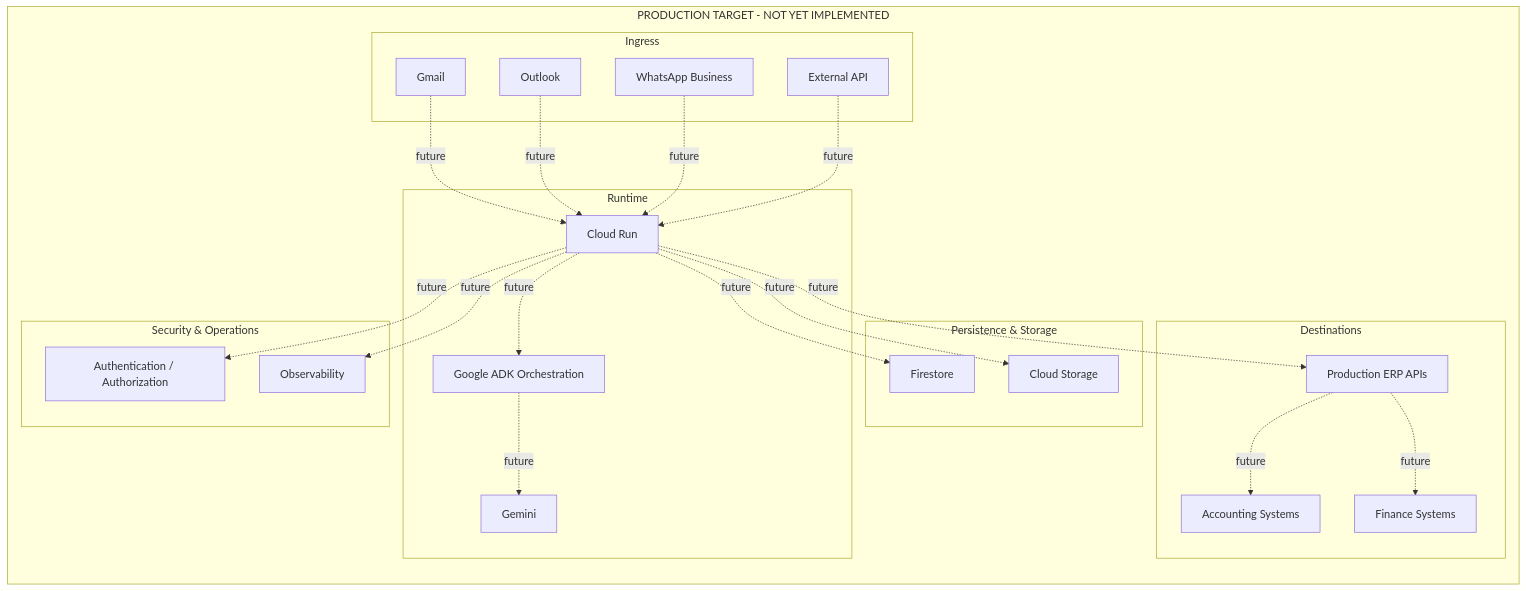
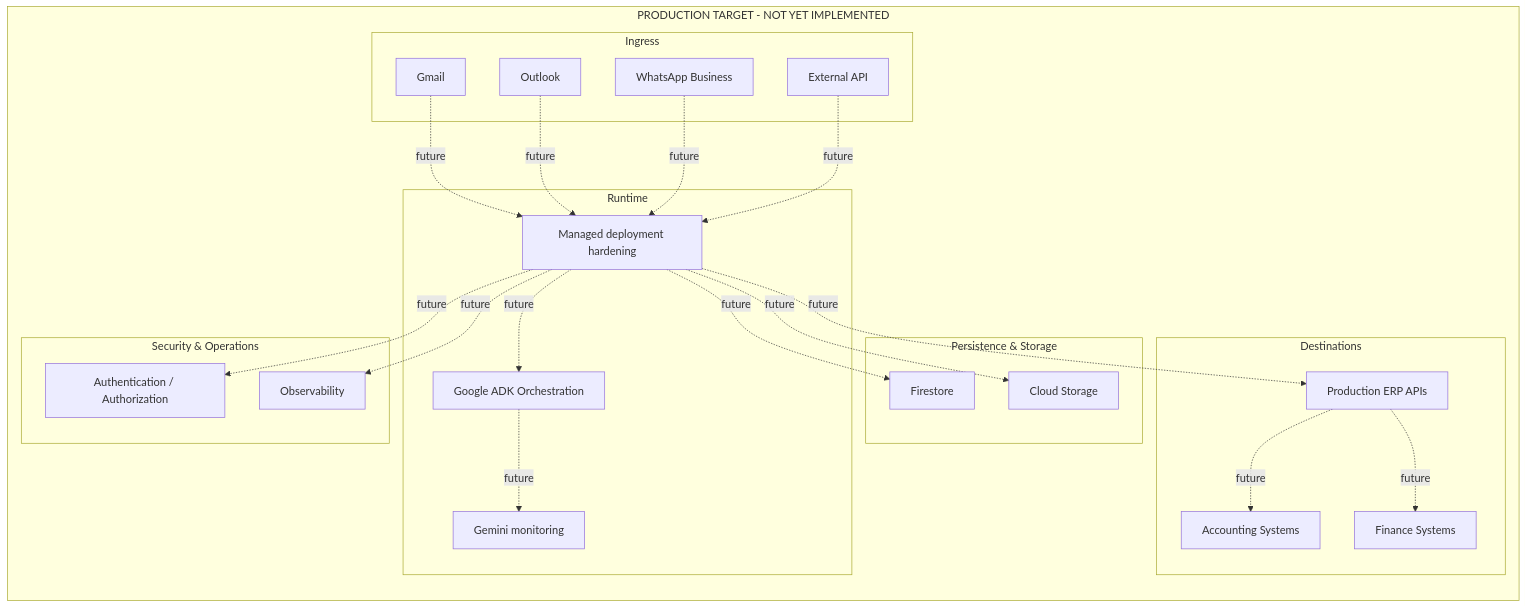
Before and after one commit to kakaroto2025/flowops-ai: the fourth of 4 diagrams in docs/architecture.md, drawn with Mermaid. The commit also changed other lines of this file and 4 other files, not shown here.

Commit message:
Document Cloud Run deployment architecture

````diff
--- a/docs/architecture.md
+++ b/docs/architecture.md
@@ -193,48 +206,48 @@
 ```mermaid
 flowchart TD
     subgraph Future["PRODUCTION TARGET - NOT YET IMPLEMENTED"]
         direction TB
         subgraph FutureIngress["Ingress"]
             Gmail["Gmail"]
             Outlook["Outlook"]
             WhatsApp["WhatsApp Business"]
             ExternalAPI["External API"]
         end
 
         subgraph FutureRuntime["Runtime"]
-            CloudRun["Cloud Run"]
+            ManagedRuntime["Managed deployment hardening"]
             ProdADK["Google ADK Orchestration"]
-            ProdGemini["Gemini"]
+            ProdGemini["Gemini monitoring"]
         end
 
         subgraph FuturePersistence["Persistence & Storage"]
             Firestore["Firestore"]
             CloudStorage["Cloud Storage"]
         end
 
         subgraph FutureDestinations["Destinations"]
             ERPAPIs["Production ERP APIs"]
             Accounting["Accounting Systems"]
             Finance["Finance Systems"]
         end
 
         subgraph FutureOps["Security & Operations"]
             Auth["Authentication / Authorization"]
             Observability["Observability"]
         end
     end
 
-    Gmail -. future .-> CloudRun
-    Outlook -. future .-> CloudRun
-    WhatsApp -. future .-> CloudRun
-    ExternalAPI -. future .-> CloudRun
-    CloudRun -. future .-> ProdADK
+    Gmail -. future .-> ManagedRuntime
+    Outlook -. future .-> ManagedRuntime
+    WhatsApp -. future .-> ManagedRuntime
+    ExternalAPI -. future .-> ManagedRuntime
+    ManagedRuntime -. future .-> ProdADK
     ProdADK -. future .-> ProdGemini
-    CloudRun -. future .-> Firestore
-    CloudRun -. future .-> CloudStorage
-    CloudRun -. future .-> ERPAPIs
+    ManagedRuntime -. future .-> Firestore
+    ManagedRuntime -. future .-> CloudStorage
+    ManagedRuntime -. future .-> ERPAPIs
     ERPAPIs -. future .-> Accounting
     ERPAPIs -. future .-> Finance
-    CloudRun -. future .-> Auth
-    CloudRun -. future .-> Observability
+    ManagedRuntime -. future .-> Auth
+    ManagedRuntime -. future .-> Observability
 ```
````
